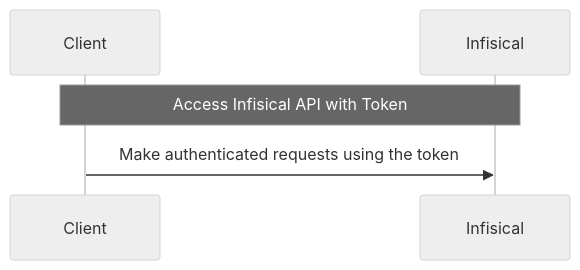
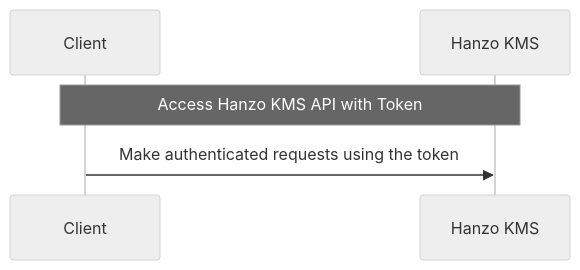
Before and after one commit to hanzoai/kms: the diagram in docs/documentation/platform/identities/token-auth.mdx, drawn with Mermaid (neutral theme). The commit also changed other lines of this file and 927 other files, not shown here.

First line of the commit message:
feat: complete Hanzo KMS rebranding across upstream merge

````diff
--- a/docs/documentation/platform/identities/token-auth.mdx
+++ b/docs/documentation/platform/identities/token-auth.mdx
@@ -12,9 +12,9 @@
 ```mermaid
 sequenceDiagram
   participant Client as Client
-  participant Infis as Infisical
+  participant Infis as Hanzo KMS
 
-  Note over Client,Infis: Access Infisical API with Token
+  Note over Client,Infis: Access Hanzo KMS API with Token
   Client->>Infis: Make authenticated requests using the token
 
 ```
````
